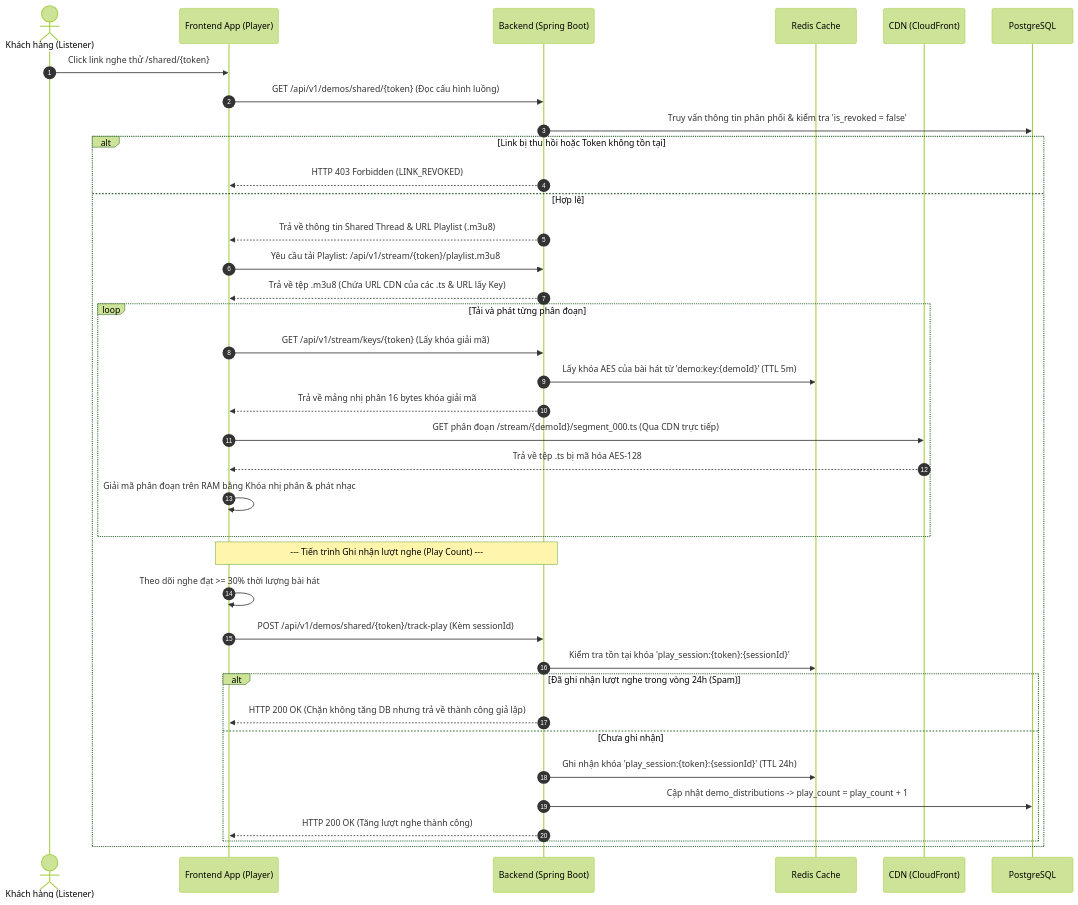
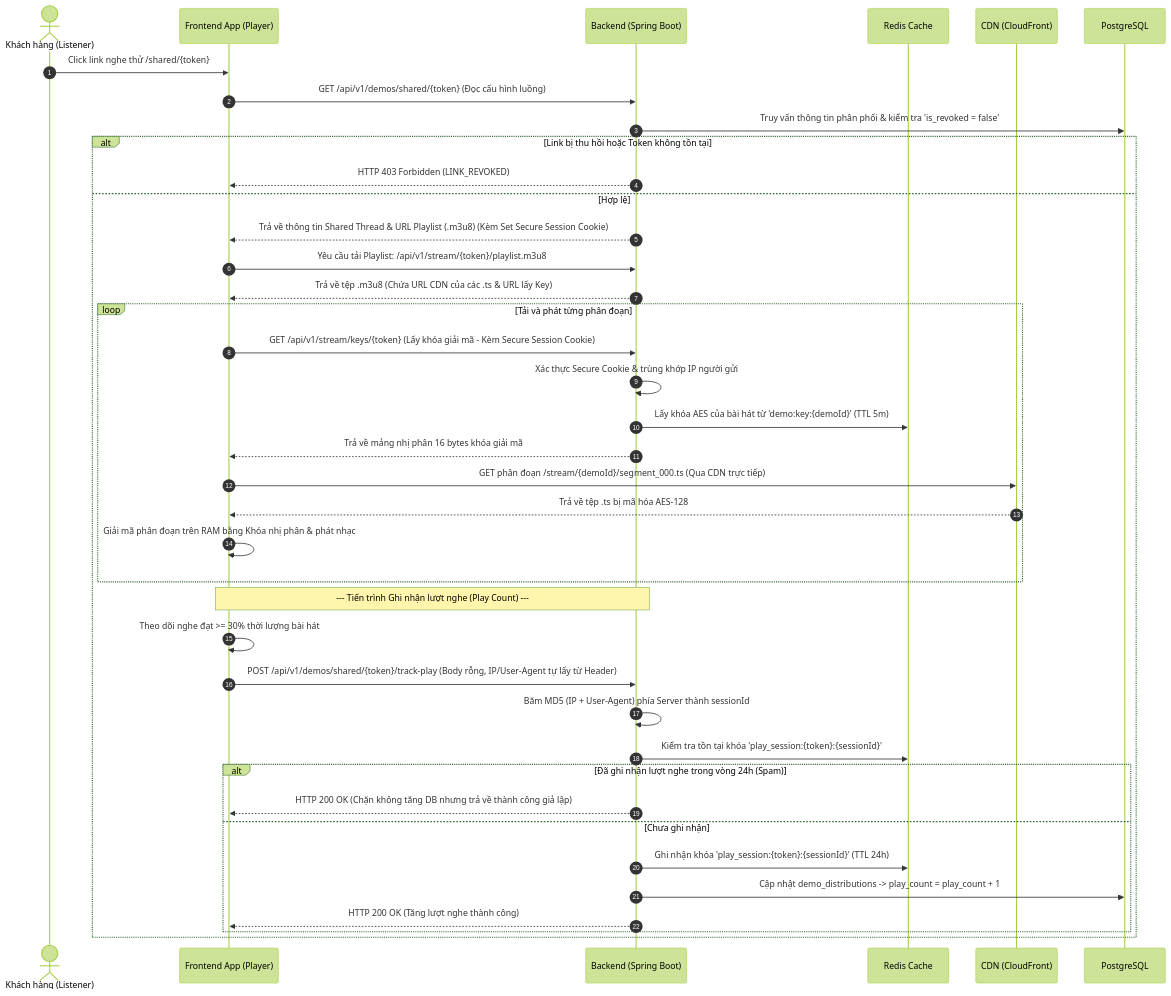
The first of 2 diagrams in docs/3. Secure Audio Streaming/04_stream_secure_audio.md (NguyenDucHoangNam/PWB_Mini), drawn with Mermaid (forest theme) before and after one commit. The commit also changed other lines of this file and 22 other files, not shown here.

````diff
--- a/docs/3. Secure Audio Streaming/04_stream_secure_audio.md
+++ b/docs/3. Secure Audio Streaming/04_stream_secure_audio.md
@@ -59,46 +64,48 @@
 ```mermaid
 sequenceDiagram
     autonumber
     actor Listener as Khách hàng (Listener)
     participant FE as Frontend App (Player)
     participant BE as Backend (Spring Boot)
     participant Redis as Redis Cache
     participant CDN as CDN (CloudFront)
     participant DB as PostgreSQL
 
     Listener->>FE: Click link nghe thử /shared/{token}
     FE->>BE: GET /api/v1/demos/shared/{token} (Đọc cấu hình luồng)
     
     BE->>DB: Truy vấn thông tin phân phối & kiểm tra 'is_revoked = false'
     alt Link bị thu hồi hoặc Token không tồn tại
         BE-->>FE: HTTP 403 Forbidden (LINK_REVOKED)
     else Hợp lệ
-        BE-->>FE: Trả về thông tin Shared Thread & URL Playlist (.m3u8)
+        BE-->>FE: Trả về thông tin Shared Thread & URL Playlist (.m3u8) (Kèm Set Secure Session Cookie)
         
         FE->>BE: Yêu cầu tải Playlist: /api/v1/stream/{token}/playlist.m3u8
         BE-->>FE: Trả về tệp .m3u8 (Chứa URL CDN của các .ts & URL lấy Key)
         
         loop Tải và phát từng phân đoạn
-            FE->>BE: GET /api/v1/stream/keys/{token} (Lấy khóa giải mã)
+            FE->>BE: GET /api/v1/stream/keys/{token} (Lấy khóa giải mã - Kèm Secure Session Cookie)
+            BE->>BE: Xác thực Secure Cookie & trùng khớp IP người gửi
             BE->>Redis: Lấy khóa AES của bài hát từ 'demo:key:{demoId}' (TTL 5m)
             BE-->>FE: Trả về mảng nhị phân 16 bytes khóa giải mã
             
             FE->>CDN: GET phân đoạn /stream/{demoId}/segment_000.ts (Qua CDN trực tiếp)
             CDN-->>FE: Trả về tệp .ts bị mã hóa AES-128
             FE->>FE: Giải mã phân đoạn trên RAM bằng Khóa nhị phân & phát nhạc
         end
         
         Note over FE, BE: --- Tiến trình Ghi nhận lượt nghe (Play Count) ---
         FE->>FE: Theo dõi nghe đạt >= 30% thời lượng bài hát
-        FE->>BE: POST /api/v1/demos/shared/{token}/track-play (Kèm sessionId)
+        FE->>BE: POST /api/v1/demos/shared/{token}/track-play (Body rỗng, IP/User-Agent tự lấy từ Header)
         
+        BE->>BE: Băm MD5 (IP + User-Agent) phía Server thành sessionId
         BE->>Redis: Kiểm tra tồn tại khóa 'play_session:{token}:{sessionId}'
         alt Đã ghi nhận lượt nghe trong vòng 24h (Spam)
             BE-->>FE: HTTP 200 OK (Chặn không tăng DB nhưng trả về thành công giả lập)
         else Chưa ghi nhận
             BE->>Redis: Ghi nhận khóa 'play_session:{token}:{sessionId}' (TTL 24h)
             BE->>DB: Cập nhật demo_distributions -> play_count = play_count + 1
             BE-->>FE: HTTP 200 OK (Tăng lượt nghe thành công)
         end
     end
 ```
````
